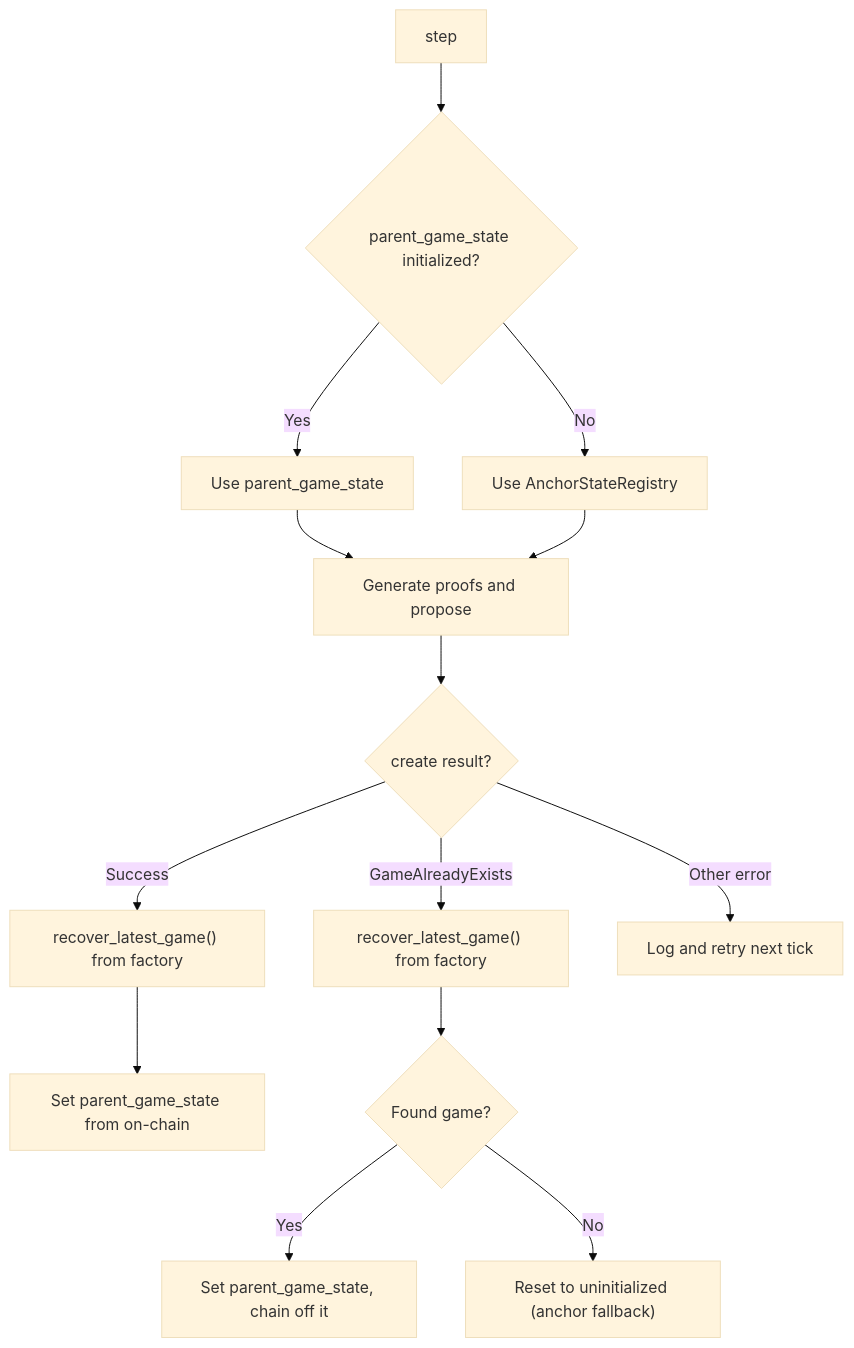
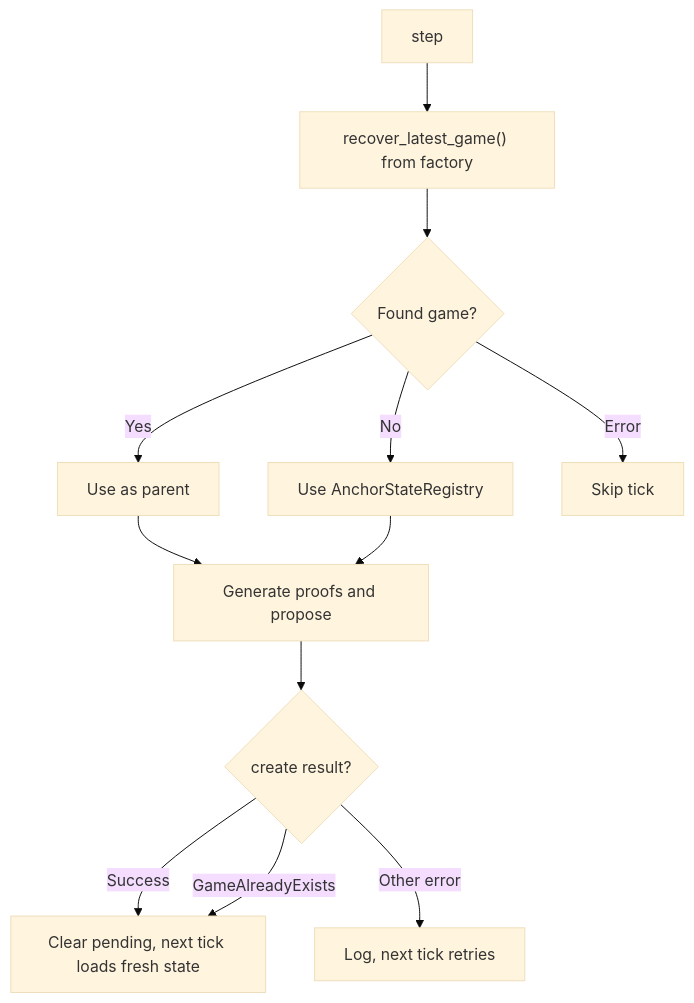
Before and after one commit to base/base: the diagram in crates/proof/proposer/README.md, drawn with Mermaid (base theme). The commit also changed other lines of this file and 3 other files, not shown here.

Commit message:
Drop cached parent state in favor of always loading from chain; clear pending on all submission outcomes

````diff
--- a/crates/proof/proposer/README.md
+++ b/crates/proof/proposer/README.md
@@ -47,16 +47,14 @@
 ```mermaid
 flowchart TD
-    A[step] --> B{parent_game_state initialized?}
-    B -->|Yes| C[Use parent_game_state]
-    B -->|No| D["Use AnchorStateRegistry"]
-    C --> E[Generate proofs and propose]
-    D --> E
-    E --> F{create result?}
-    F -->|Success| G["recover_latest_game() from factory"]
-    F -->|GameAlreadyExists| H["recover_latest_game() from factory"]
-    F -->|Other error| I[Log and retry next tick]
-    G --> J[Set parent_game_state from on-chain]
-    H --> K{Found game?}
-    K -->|Yes| L[Set parent_game_state, chain off it]
-    K -->|No| M["Reset to uninitialized (anchor fallback)"]
+    A[step] --> B["recover_latest_game() from factory"]
+    B --> C{Found game?}
+    C -->|Yes| D[Use as parent]
+    C -->|No| E["Use AnchorStateRegistry"]
+    C -->|Error| F[Skip tick]
+    D --> G[Generate proofs and propose]
+    E --> G
+    G --> H{create result?}
+    H -->|Success| I[Clear pending, next tick loads fresh state]
+    H -->|GameAlreadyExists| I
+    H -->|Other error| J[Log, next tick retries]
 ```
````
